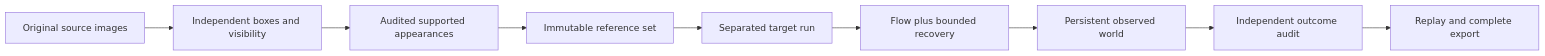
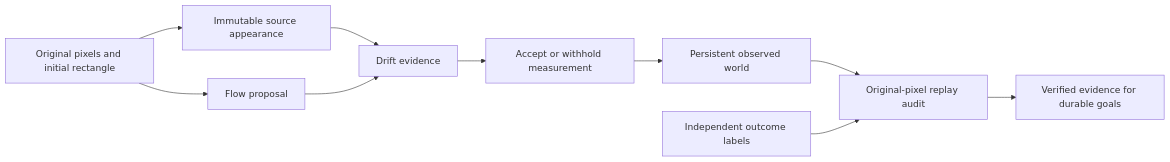
Before and after one commit to eyeoverthink/Fraynix-Agent-Workspace: the diagram in README.md, drawn with Mermaid. The commit also changed other lines of this file and 201 other files, not shown here.

Commit message:
Document edition 138 drift detection and independent original-pixel evidence with retained evidence

````diff
--- a/README.md
+++ b/README.md
@@ -108,11 +130,12 @@
 ```mermaid
 flowchart LR
-  A[Original source images] --> B[Independent boxes and visibility]
-  B --> C[Audited supported appearances]
-  C --> D[Immutable reference set]
-  D --> E[Separated target run]
-  E --> F[Flow plus bounded recovery]
-  F --> G[Persistent observed world]
-  G --> H[Independent outcome audit]
-  H --> I[Replay and complete export]
+  A[Original pixels and initial rectangle] --> B[Immutable source appearance]
+  A --> C[Flow proposal]
+  B --> D[Drift evidence]
+  C --> D
+  D --> E[Accept or withhold measurement]
+  E --> F[Persistent observed world]
+  F --> G[Original-pixel replay audit]
+  H[Independent outcome labels] --> G
+  G --> I[Verified evidence for durable goals]
 ```
````
